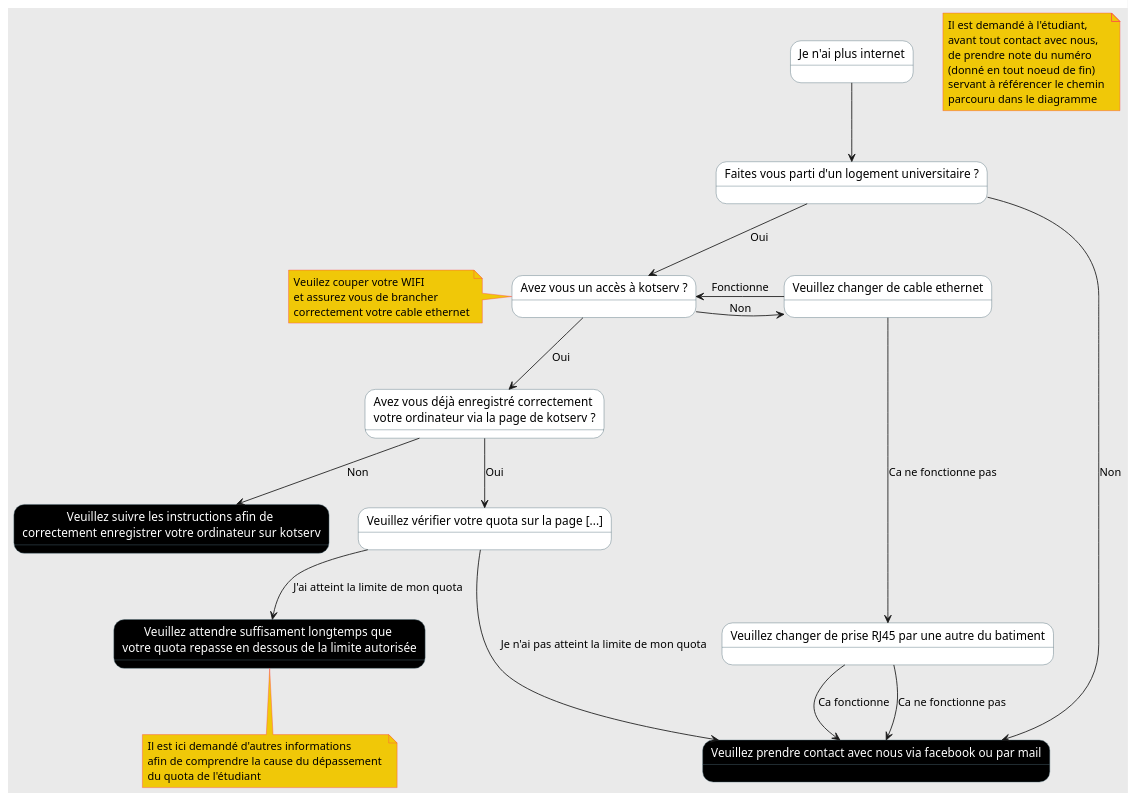
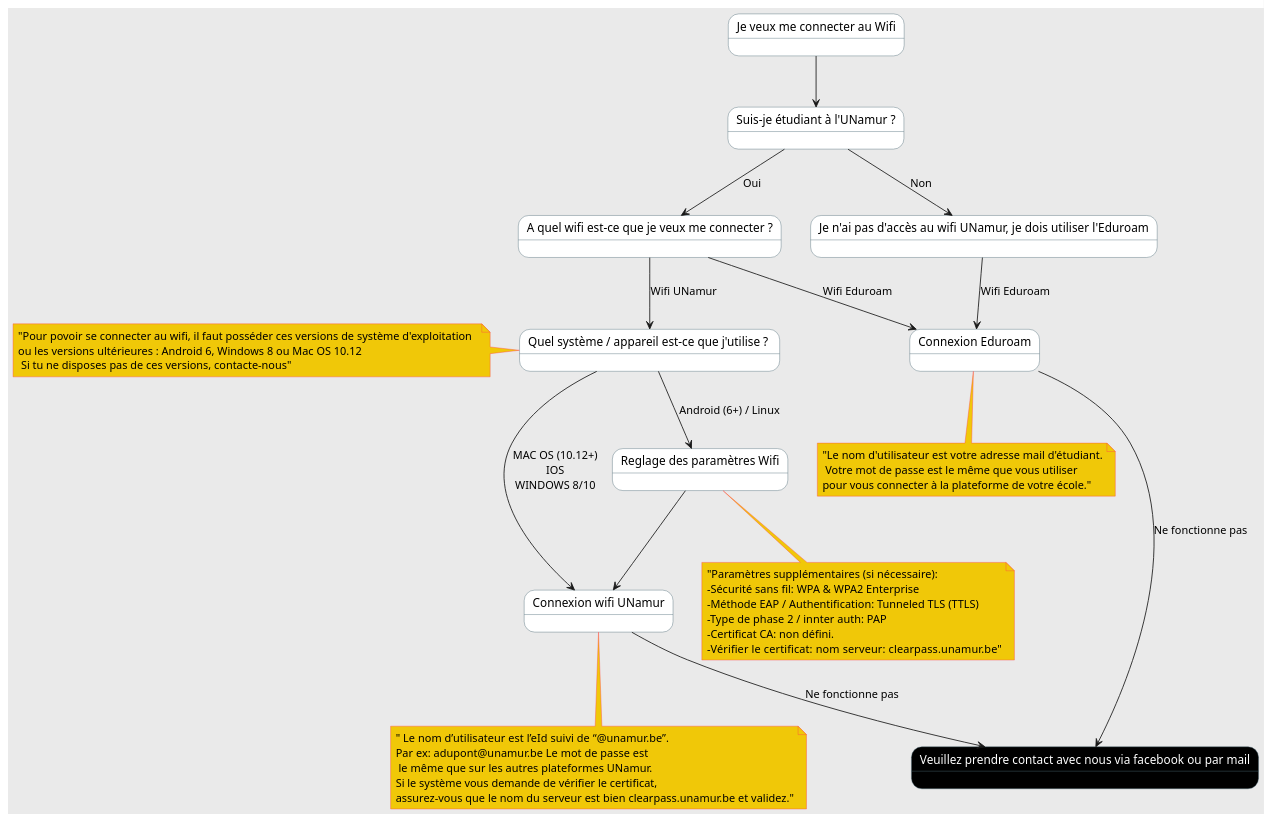
The diagram in client/src/static/diagrams/1/diagram.plantuml (e-kot-unamur/aide), drawn with PlantUML before and after one commit. The commit also changed 22 other files, not shown here.

Commit message:
Mise à jour contenu wifi et réordonnancement des diagrammes

```diff
--- a/client/src/static/diagrams/1/diagram.plantuml
+++ b/client/src/static/diagrams/1/diagram.plantuml
@@ -1,56 +1,54 @@
 @startuml
-
 skinparam backgroundColor #EAEAEA
 skinparam note {
     BackgroundColor #F0C808
     BorderColor #FE4A49
 }
 skinparam state {
     BackgroundColor #fff
     BackgroundColor<<Leaf>> #000000
     FontColor<<Leaf>> #FFF
     BorderColor #4F6D7A
 }
 
-state "Je n'ai plus internet" as root  
-state "Faites vous parti d'un logement universitaire ?" as logementState
+state "Je veux me connecter au Wifi" as root
 
-state "Avez vous un accès à kotserv ?" as kotservState
+state "Suis-je étudiant à l'UNamur ?" as studentType
 
-state "Veuillez changer de cable ethernet" as ethernetState
-state "Veuillez changer de prise RJ45 par une autre du batiment" as rj45State
+state "A quel wifi est-ce que je veux me connecter ?" as unamurStudent
 
-state "Avez vous déjà enregistré correctement \nvotre ordinateur via la page de kotserv ?" as registeredState
-state "Veuillez vérifier votre quota sur la page [...]" as quotaState
+state "Je n'ai pas d'accès au wifi UNamur, je dois utiliser l'Eduroam" as otherStudent
+
+state "Quel système / appareil est-ce que j'utilise ? " as deviceType
+
+note left of deviceType : "Pour povoir se connecter au wifi, il faut posséder ces versions de système d'exploitation  \nou les versions ultérieures : Android 6, Windows 8 ou Mac OS 10.12\n Si tu ne disposes pas de ces versions, contacte-nous"
+
+state "Connexion Eduroam" as eduroamWifi
+state "Connexion wifi UNamur" as unamurWifi
+
+note bottom of unamurWifi : " Le nom d’utilisateur est l’eId suivi de “@unamur.be”.\nPar ex: adupont@unamur.be Le mot de passe est\n le même que sur les autres plateformes UNamur.\nSi le système vous demande de vérifier le certificat, \nassurez-vous que le nom du serveur est bien clearpass.unamur.be et validez."
+note bottom of eduroamWifi : "Le nom d'utilisateur est votre adresse mail d'étudiant.\n Votre mot de passe est le même que vous utiliser \npour vous connecter à la plateforme de votre école."
+
+state "Reglage des paramètres Wifi" as propsWifi
+
+note bottom of propsWifi: "Paramètres supplémentaires (si nécessaire): \n-Sécurité sans fil: WPA & WPA2 Enterprise\n-Méthode EAP / Authentification: Tunneled TLS (TTLS)\n-Type de phase 2 / innter auth: PAP\n-Certificat CA: non défini.\n-Vérifier le certificat: nom serveur:   clearpass.unamur.be" 
+
+state "Veuillez prendre contact avec nous via facebook ou par mail" as contactLeaf <<Leaf>>
 
 
-state "Veuillez prendre contact avec nous via facebook ou par mail" as contactLeaf <<Leaf>>
-state "Veuillez suivre les instructions afin de \ncorrectement enregistrer votre ordinateur sur kotserv" as registerLeaf <<Leaf>>
-state "Veuillez attendre suffisament longtemps que \nvotre quota repasse en dessous de la limite autorisée" as quotaLeaf <<Leaf>>
+root --> studentType
 
-note left of kotservState : Veuilez couper votre WIFI \net assurez vous de brancher \ncorrectement votre cable ethernet
-note bottom of quotaLeaf : Il est ici demandé d'autres informations \nafin de comprendre la cause du dépassement \ndu quota de l'étudiant 
-note "Il est demandé à l'étudiant, \navant tout contact avec nous, \nde prendre note du numéro \n(donné en tout noeud de fin) \nservant à référencer le chemin \nparcouru dans le diagramme" as N1 
+studentType--> unamurStudent : Oui
+studentType--> otherStudent : Non
 
+unamurStudent --> deviceType: Wifi UNamur
+unamurStudent --> eduroamWifi : Wifi Eduroam
 
-root --> logementState
+otherStudent --> eduroamWifi : Wifi Eduroam
+eduroamWifi --> contactLeaf : Ne fonctionne pas
 
-logementState --> contactLeaf : Non 
-logementState --> kotservState : Oui 
-
-kotservState -> ethernetState : Non
-kotservState --> registeredState : Oui
-
-ethernetState -> kotservState : Fonctionne
-ethernetState -> rj45State : Ca ne fonctionne pas
-
-rj45State --> contactLeaf : Ca ne fonctionne pas 
-rj45State --> contactLeaf : Ca fonctionne  
-
-registeredState --> registerLeaf : Non
-registeredState --> quotaState : Oui
-
-quotaState ---> contactLeaf : Je n'ai pas atteint la limite de mon quota
-quotaState --> quotaLeaf : J'ai atteint la limite de mon quota
-
+propsWifi --> unamurWifi
+deviceType--> propsWifi : Android (6+) / Linux
+deviceType--> unamurWifi : MAC OS (10.12+)\nIOS\nWINDOWS 8/10 
+unamurWifi--> contactLeaf : Ne fonctionne pas
 @enduml
```
